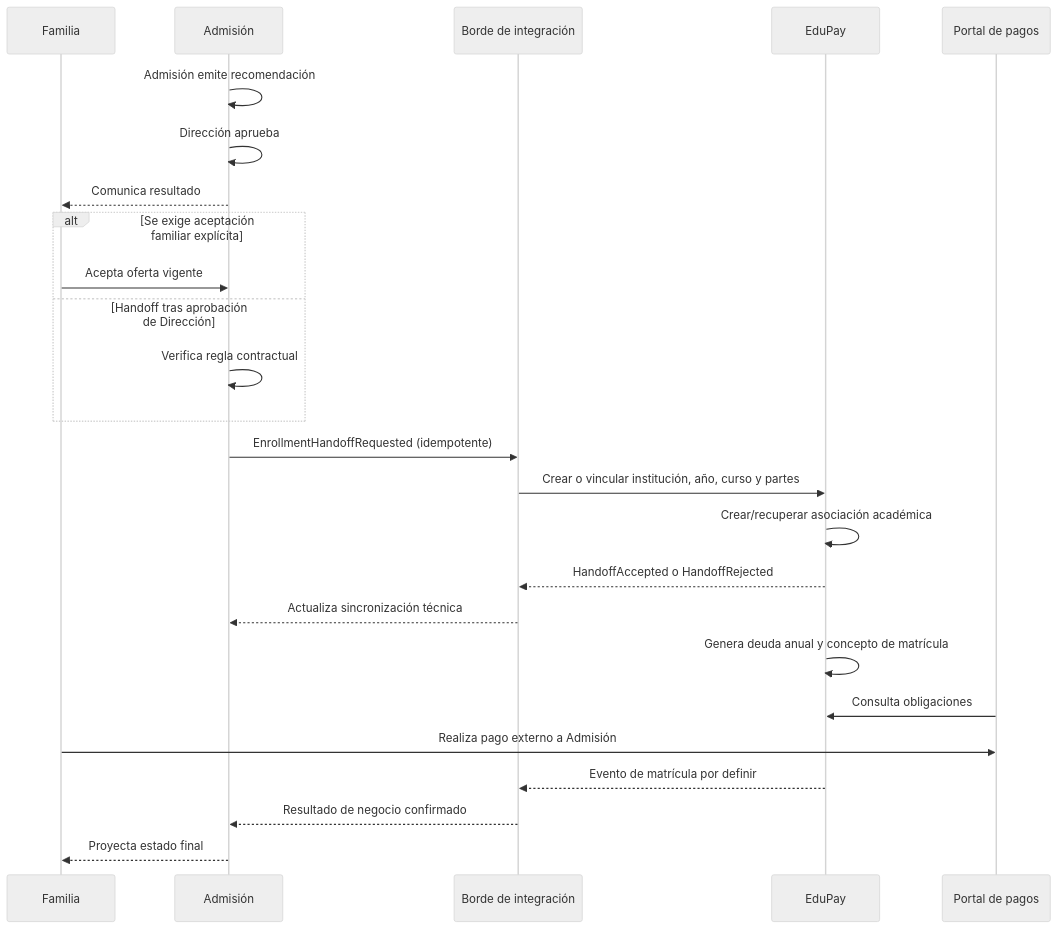
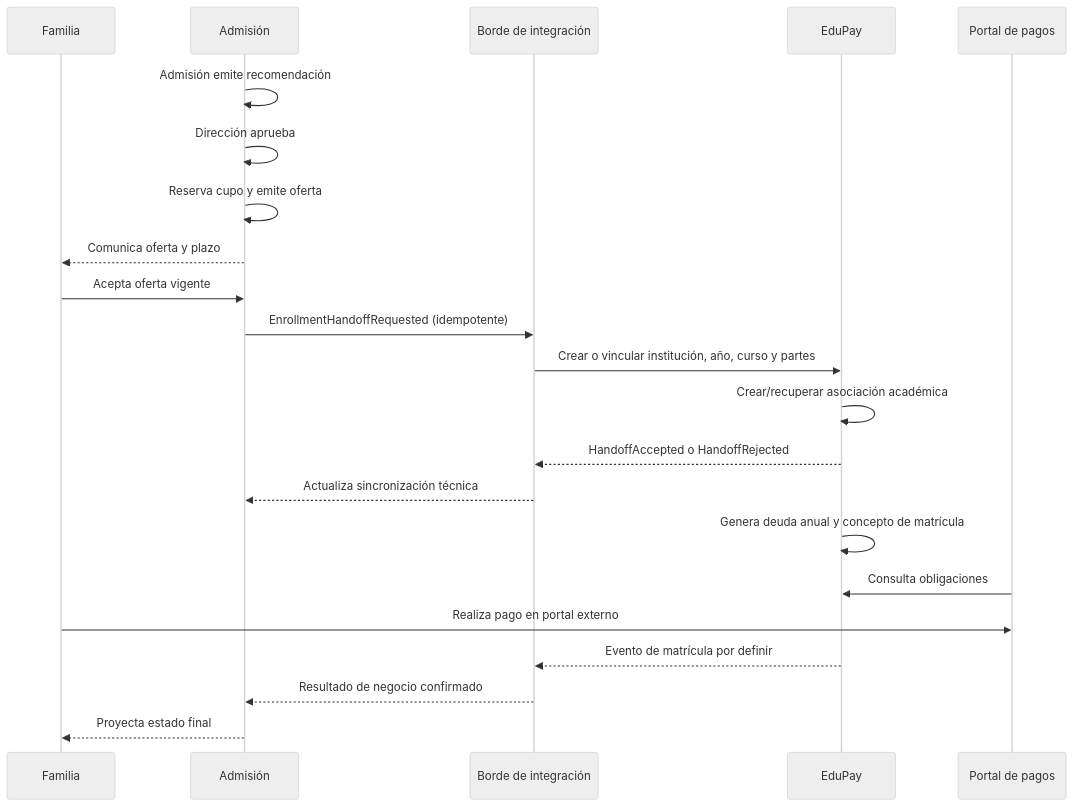
The diagram in docs/07-edupay-integration-boundary.md (Sherydans12/Admision-Edupay), drawn with Mermaid (neutral theme) before and after one commit. The commit also changed other lines of this file and 19 other files, not shown here.

````diff
--- a/docs/07-edupay-integration-boundary.md
+++ b/docs/07-edupay-integration-boundary.md
@@ -70,28 +71,25 @@
 ```mermaid
 sequenceDiagram
     participant Family as Familia
     participant Admission as Admisión
     participant Bridge as Borde de integración
     participant EduPay as EduPay
     participant Payments as Portal de pagos
 
     Admission->>Admission: Admisión emite recomendación
     Admission->>Admission: Dirección aprueba
-    Admission-->>Family: Comunica resultado
-    alt Se exige aceptación familiar explícita
-        Family->>Admission: Acepta oferta vigente
-    else Handoff tras aprobación de Dirección
-        Admission->>Admission: Verifica regla contractual
-    end
+    Admission->>Admission: Reserva cupo y emite oferta
+    Admission-->>Family: Comunica oferta y plazo
+    Family->>Admission: Acepta oferta vigente
     Admission->>Bridge: EnrollmentHandoffRequested (idempotente)
     Bridge->>EduPay: Crear o vincular institución, año, curso y partes
     EduPay->>EduPay: Crear/recuperar asociación académica
     EduPay-->>Bridge: HandoffAccepted o HandoffRejected
     Bridge-->>Admission: Actualiza sincronización técnica
     EduPay->>EduPay: Genera deuda anual y concepto de matrícula
     Payments->>EduPay: Consulta obligaciones
-    Family->>Payments: Realiza pago externo a Admisión
+    Family->>Payments: Realiza pago en portal externo
     EduPay-->>Bridge: Evento de matrícula por definir
     Bridge-->>Admission: Resultado de negocio confirmado
     Admission-->>Family: Proyecta estado final
 ```
````
